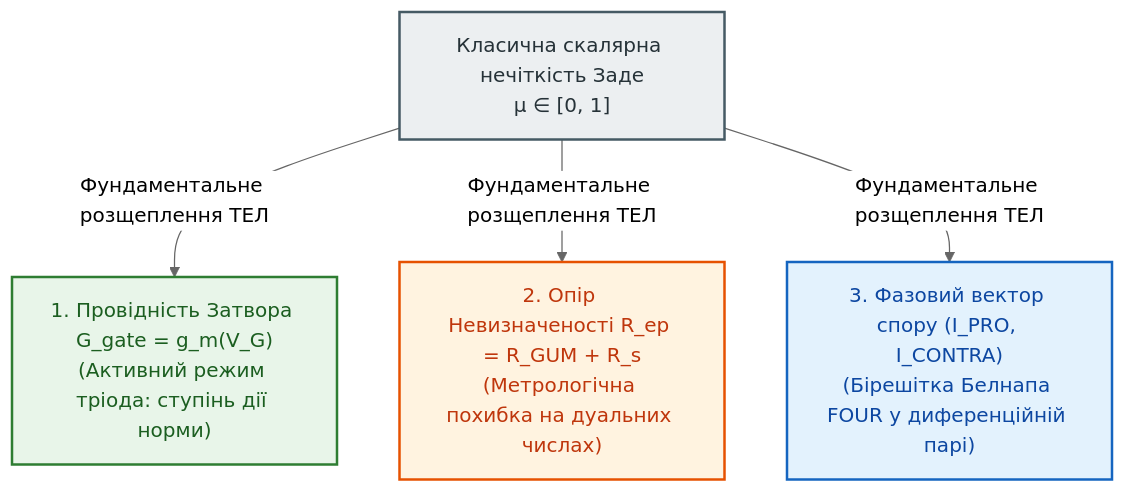
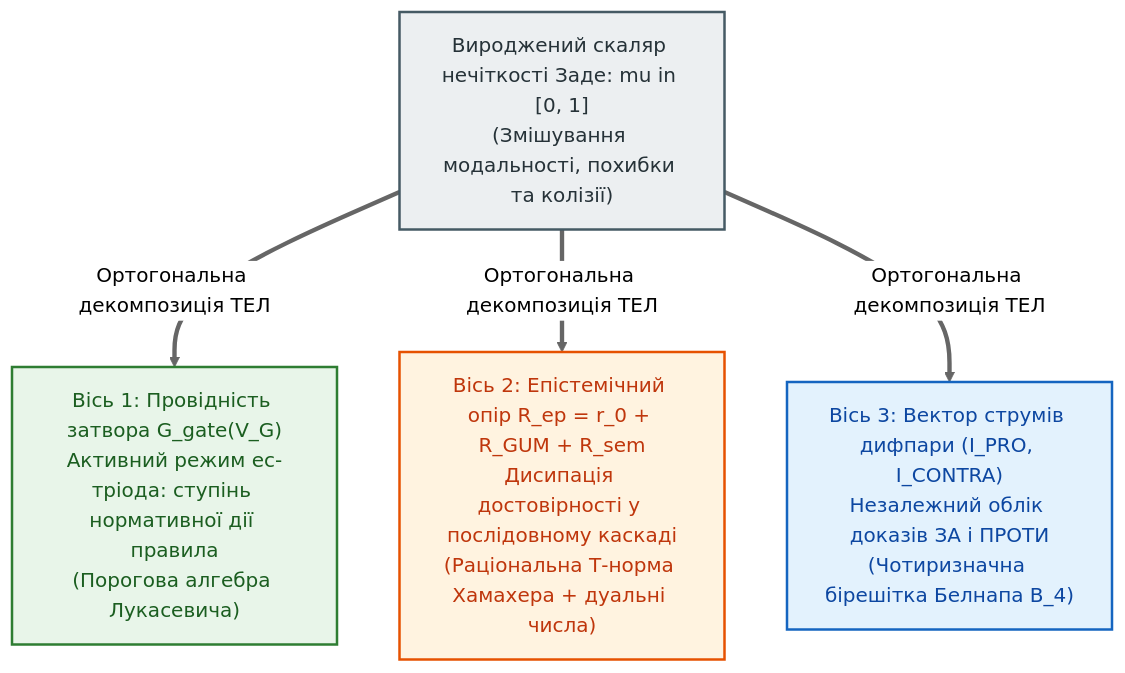
One commit to nick-fedchik/articles changed the diagram in Epistemic_Circuit_Theory/ch04-non-boolean-fuzzy-and-belnap-circuit-math.md. Above: the diagram before and after it, drawn with Mermaid (neutral theme). The commit also changed other lines of this file and 7 other files, not shown here.

````diff
--- a/Epistemic_Circuit_Theory/ch04-non-boolean-fuzzy-and-belnap-circuit-math.md
+++ b/Epistemic_Circuit_Theory/ch04-non-boolean-fuzzy-and-belnap-circuit-math.md
@@ -42,25 +77,25 @@
 ```mermaid
 flowchart TD
-    accTitle: Ортогональне розщеплення скалярної нечіткості Заде на три фізичні координати ТЕЛ
-    accDescr: Скаляр нечіткості розкладається на провідність затвора тріода, метрологічний опір невизначеності та фазовий вектор диференційної пари за Белнапом.
+    accTitle: Рисунок 4.1. Ортогональне розщеплення скалярної нечіткості Заде на три фізичні координати ТЕЛ
+    accDescr: Одновимірний скаляр нечіткості Заде розкладається на провідність затвора тріода (вісь деонтичної модальності), метрологічний опір тракту (вісь інструментальної точності) та двокомпонентний струм диференційної пари (вісь параконсистентного балансу за Белнапом).
 
-    Fuzzy["Класична скалярна нечіткість Заде\nμ ∈ [0, 1]"]
+    Fuzzy["Вироджений скаляр нечіткості Заде: mu in [0, 1]\n(Змішування модальності, похибки та колізії)"]
 
-    Coord1["1. Провідність Затвора G_gate = g_m(V_G)\n(Активний режим тріода: ступінь дії норми)"]
-    Coord2["2. Опір Невизначеності R_ep = R_GUM + R_s\n(Метрологічна похибка на дуальних числах)"]
-    Coord3["3. Фазовий вектор спору (I_PRO, I_CONTRA)\n(Бірешітка Белнапа FOUR у диференційній парі)"]
+    Coord1["Вісь 1: Провідність затвора G_gate(V_G)\nАктивний режим ес-тріода: ступінь нормативної дії правила\n(Порогова алгебра Лукасевича)"]
+    Coord2["Вісь 2: Епістемічний опір R_ep = r_0 + R_GUM + R_sem\nДисипація достовірності у послідовному каскаді\n(Раціональна Т-норма Хамахера + дуальні числа)"]
+    Coord3["Вісь 3: Вектор струмів дифпари (I_PRO, I_CONTRA)\nНезалежний облік доказів ЗА і ПРОТИ\n(Чотиризначна бірешітка Белнапа B_4)"]
 
-    Fuzzy -->|"Фундаментальне розщеплення ТЕЛ"| Coord1
-    Fuzzy -->|"Фундаментальне розщеплення ТЕЛ"| Coord2
-    Fuzzy -->|"Фундаментальне розщеплення ТЕЛ"| Coord3
+    Fuzzy ==>|"Ортогональна декомпозиція ТЕЛ"| Coord1
+    Fuzzy ==>|"Ортогональна декомпозиція ТЕЛ"| Coord2
+    Fuzzy ==>|"Ортогональна декомпозиція ТЕЛ"| Coord3
 
     classDef srcStyle fill:#eceff1,stroke:#455a64,stroke-width:2px,color:#263238;
     classDef c1Style fill:#e8f5e9,stroke:#2e7d32,stroke-width:2px,color:#1b5e20;
     classDef c2Style fill:#fff3e0,stroke:#e65100,stroke-width:2px,color:#bf360c;
     classDef c3Style fill:#e3f2fd,stroke:#1565c0,stroke-width:2px,color:#0d47a1;
 
     class Fuzzy srcStyle;
     class Coord1 c1Style;
     class Coord2 c2Style;
     class Coord3 c3Style;
 ```
````
